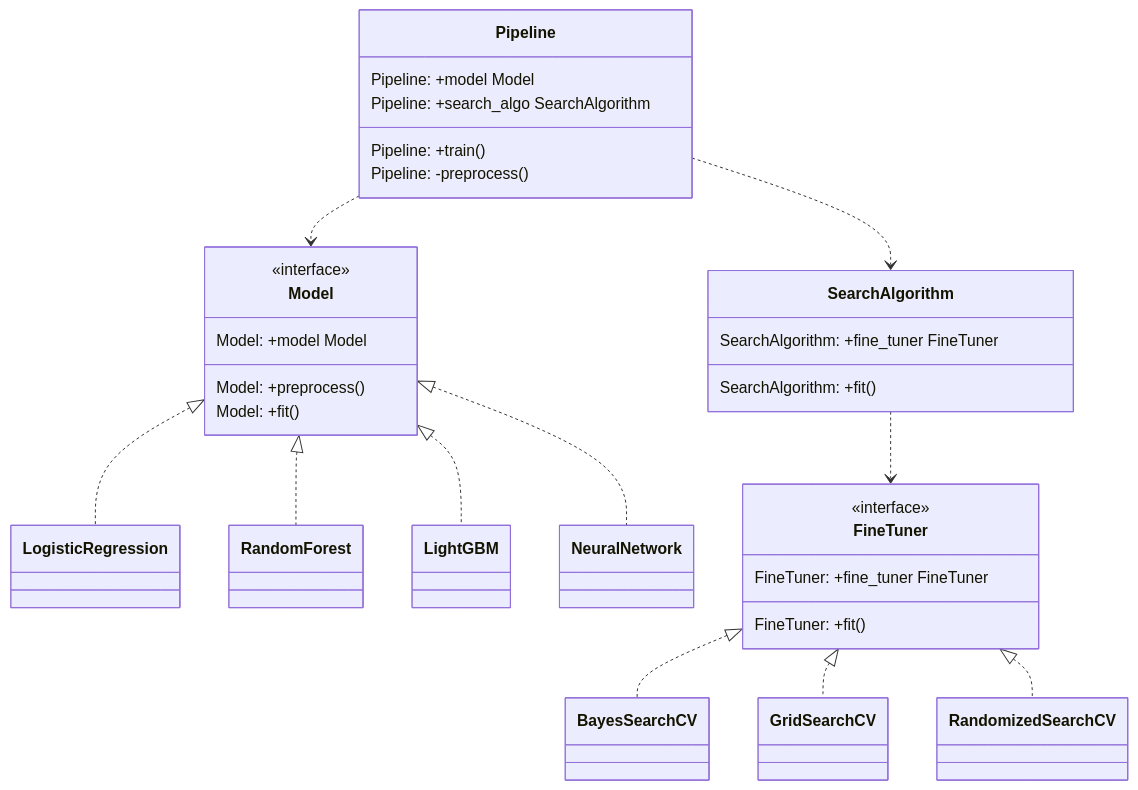
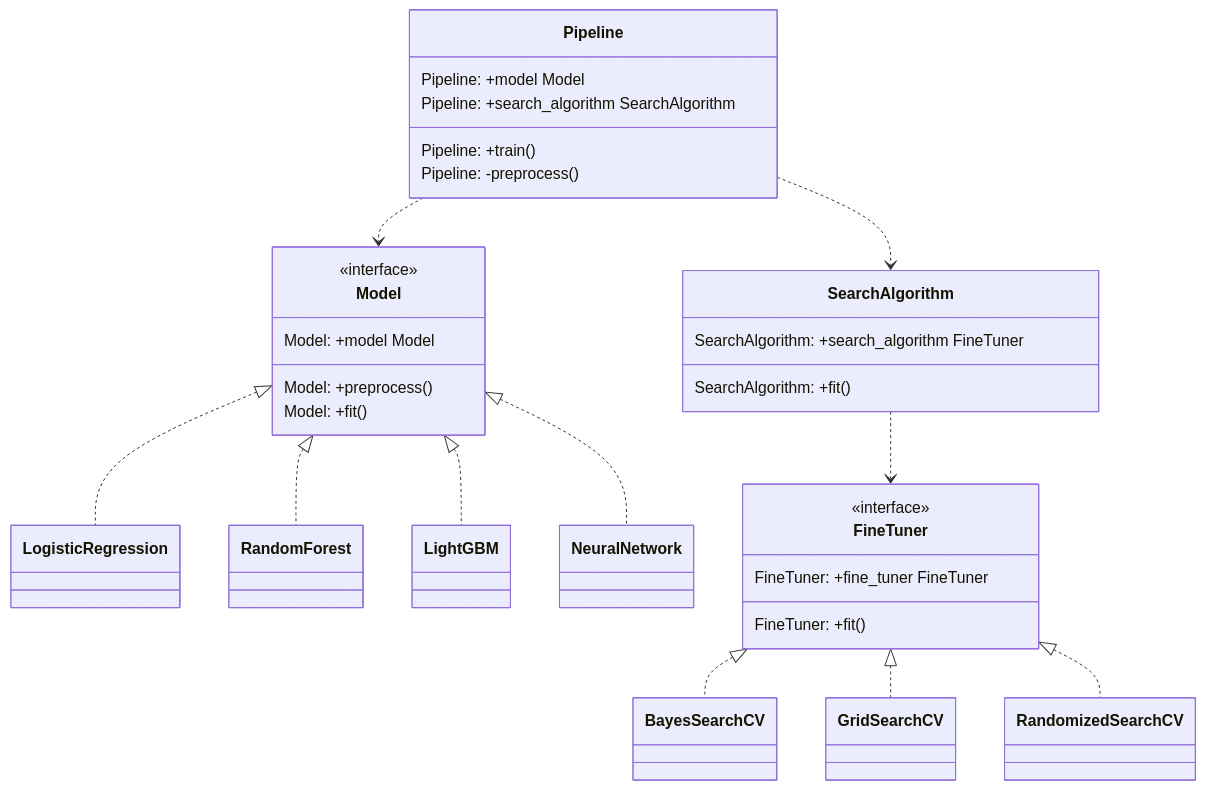
The fourth of 4 diagrams in README.md (UribeAlejandro/DesignPatterns-MLFlow-for-ExperimentTracking), drawn with Mermaid before and after one commit. The commit also changed other lines of this file, not shown here.

Commit message:
fine_tuner to search_algorithm in README

````diff
--- a/README.md
+++ b/README.md
@@ -119,38 +119,38 @@
 ```mermaid
 classDiagram-v2
     class Pipeline{
         Pipeline: +model Model
-        Pipeline: +search_algo SearchAlgorithm
+        Pipeline: +search_algorithm SearchAlgorithm
         Pipeline: +train()
         Pipeline: -preprocess()
       }
       Pipeline ..> Model
       Pipeline ..> SearchAlgorithm
 
     class Model{
         <<interface>>
         Model: +model Model
         Model: +preprocess()
         Model: +fit()
       }
       Model <|.. LogisticRegression
       Model <|.. RandomForest
       Model <|.. LightGBM
       Model <|.. NeuralNetwork
 
     class SearchAlgorithm{
-        SearchAlgorithm: +fine_tuner FineTuner
+        SearchAlgorithm: +search_algorithm FineTuner
         SearchAlgorithm: +fit()
       }
 
     SearchAlgorithm ..> FineTuner
 
     class FineTuner{
         <<interface>>
         FineTuner: +fine_tuner FineTuner
         FineTuner: +fit()
       }
       FineTuner <|.. BayesSearchCV
       FineTuner <|.. GridSearchCV
       FineTuner <|.. RandomizedSearchCV
 ```
````
